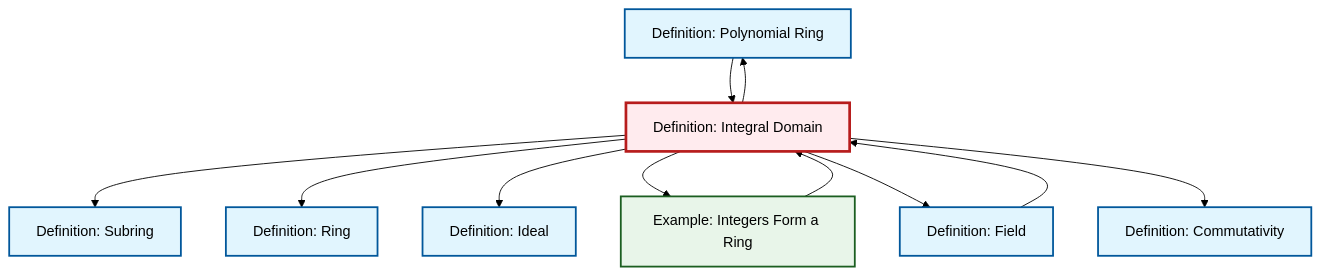
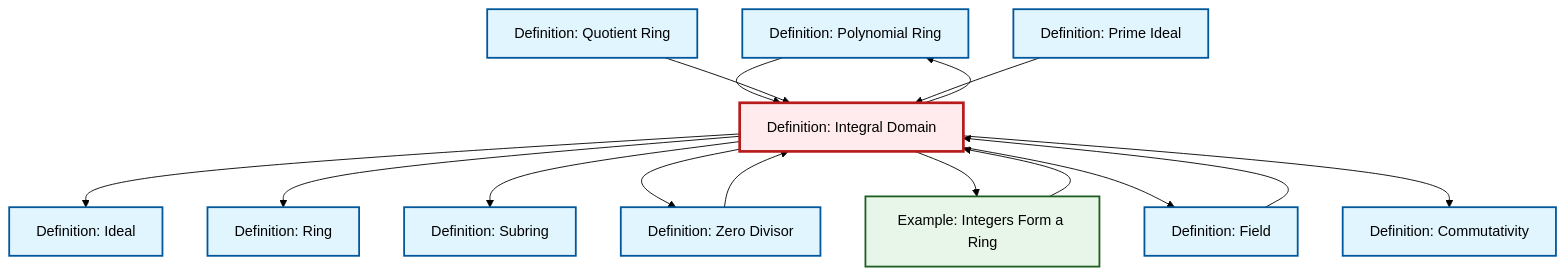
The diagram in content/en/algebra/def-integral-domain.qmd (RK0429/ModernMath), drawn with Mermaid (forest theme) before and after one commit. The commit also changed 654 other files, not shown here.

First line of the commit message:
fix: Update cross-references to equivalence relation in quotient ring definitions

````diff
--- a/content/en/algebra/def-integral-domain.qmd
+++ b/content/en/algebra/def-integral-domain.qmd
@@ -95,35 +95,45 @@
 ```{mermaid}
 %%| fig-cap: "Local dependency graph"
 graph TD
     classDef definition fill:#e1f5fe,stroke:#01579b,stroke-width:2px
     classDef theorem fill:#f3e5f5,stroke:#4a148c,stroke-width:2px
     classDef axiom fill:#fff3e0,stroke:#e65100,stroke-width:2px
     classDef example fill:#e8f5e9,stroke:#1b5e20,stroke-width:2px
     classDef current fill:#ffebee,stroke:#b71c1c,stroke-width:3px
     def-polynomial-ring["Definition: Polynomial Ring"]:::definition
+    def-quotient-ring["Definition: Quotient Ring"]:::definition
+    def-field["Definition: Field"]:::definition
+    def-prime-ideal["Definition: Prime Ideal"]:::definition
     def-ring["Definition: Ring"]:::definition
+    def-ideal["Definition: Ideal"]:::definition
+    def-zero-divisor["Definition: Zero Divisor"]:::definition
     def-integral-domain["Definition: Integral Domain"]:::definition
     def-subring["Definition: Subring"]:::definition
-    def-field["Definition: Field"]:::definition
     def-commutativity["Definition: Commutativity"]:::definition
     ex-integers-ring["Example: Integers Form a Ring"]:::example
-    def-ideal["Definition: Ideal"]:::definition
+    def-integral-domain --> def-ideal
+    def-integral-domain --> def-ring
+    def-polynomial-ring --> def-integral-domain
+    def-quotient-ring --> def-integral-domain
     def-integral-domain --> def-subring
+    def-zero-divisor --> def-integral-domain
+    def-integral-domain --> def-zero-divisor
+    def-integral-domain --> def-polynomial-ring
+    def-integral-domain --> ex-integers-ring
+    def-field --> def-integral-domain
     ex-integers-ring --> def-integral-domain
-    def-integral-domain --> def-ring
-    def-integral-domain --> def-ideal
-    def-field --> def-integral-domain
-    def-integral-domain --> ex-integers-ring
     def-integral-domain --> def-field
-    def-polynomial-ring --> def-integral-domain
+    def-prime-ideal --> def-integral-domain
     def-integral-domain --> def-commutativity
-    def-integral-domain --> def-polynomial-ring
     class def-integral-domain current
     click def-polynomial-ring "def-polynomial-ring.html" "Go to Polynomial Ring definition"
+    click def-quotient-ring "def-quotient-ring.html" "Go to Quotient Ring definition"
+    click def-field "def-field.html" "Go to Field definition"
+    click def-prime-ideal "def-prime-ideal.html" "Go to Prime Ideal definition"
     click def-ring "def-ring.html" "Go to Ring definition"
+    click def-ideal "def-ideal.html" "Go to Ideal definition"
+    click def-zero-divisor "def-zero-divisor.html" "Go to Zero Divisor definition"
     click def-subring "def-subring.html" "Go to Subring definition"
-    click def-field "def-field.html" "Go to Field definition"
     click def-commutativity "def-commutativity.html" "Go to Commutativity definition"
     click ex-integers-ring "ex-integers-ring.html" "Go to Integers Form a Ring example"
-    click def-ideal "def-ideal.html" "Go to Ideal definition"
 ```
````
